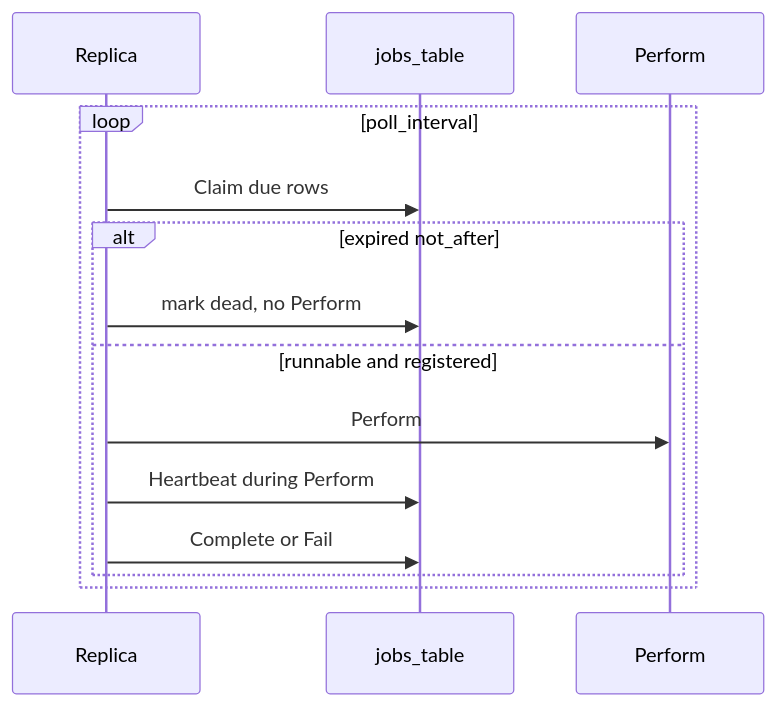
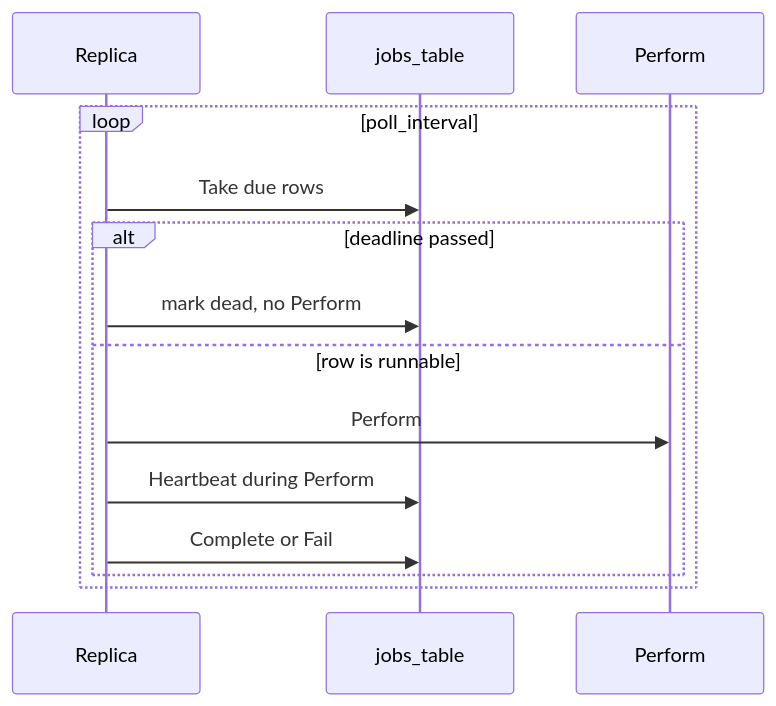
Before and after one commit to zitadel/nextgen: the diagram in docs/adrs/064-background-jobs.md, drawn with Mermaid. The commit also changed other lines of this file and 1 other file, not shown here.

First line of the commit message:
docs(queue): rename job Take and close second-pass review gaps

````diff
--- a/docs/adrs/064-background-jobs.md
+++ b/docs/adrs/064-background-jobs.md
@@ -91,17 +99,17 @@
 ```mermaid
 sequenceDiagram
   participant Node as Replica
   participant Jobs as jobs_table
   participant Handler as Perform
 
   loop poll_interval
-    Node->>Jobs: Claim due rows
-    alt expired not_after
+    Node->>Jobs: Take due rows
+    alt deadline passed
       Node->>Jobs: mark dead, no Perform
-    else runnable and registered
+    else row is runnable
       Node->>Handler: Perform
       Node->>Jobs: Heartbeat during Perform
       Node->>Jobs: Complete or Fail
     end
   end
 ```
````
